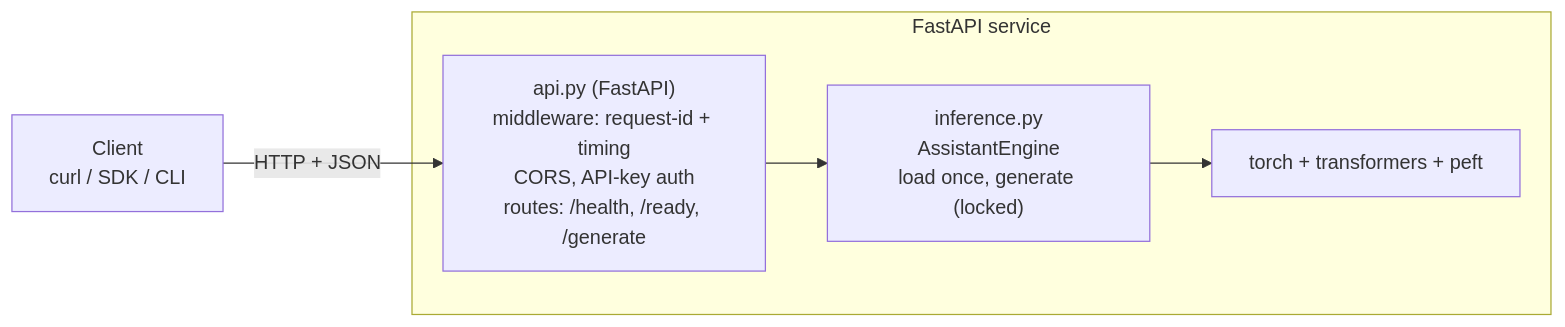
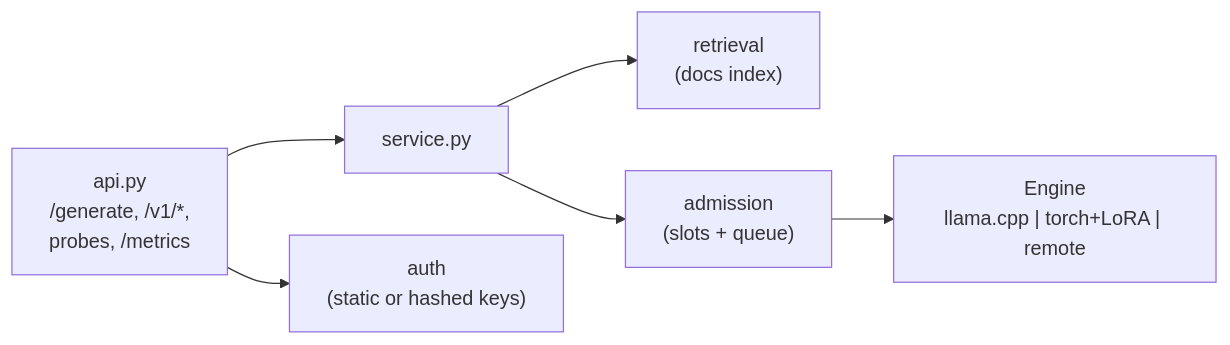
One commit to syed-waleed-ahmed/Niche-Finetuned-Model changed the second of 3 diagrams in README.md. Above: the diagram before and after it, drawn with Mermaid. The commit also changed other lines of this file and 2 other files, not shown here.

First line of the commit message:
Document the scaled-out architecture and deployment runbook

````diff
--- a/README.md
+++ b/README.md
@@ -36,13 +50,8 @@
 ```mermaid
 flowchart LR
-    Client["Client<br/>curl / SDK / CLI"]
-
-    subgraph Service["FastAPI service"]
-        API["api.py (FastAPI)<br/>middleware: request-id + timing<br/>CORS, API-key auth<br/>routes: /health, /ready, /generate"]
-        Engine["inference.py<br/>AssistantEngine<br/>load once, generate (locked)"]
-        Runtime["torch + transformers + peft"]
-        API --> Engine --> Runtime
-    end
-
-    Client -->|"HTTP + JSON"| API
+    API["api.py<br/>/generate, /v1/*,<br/>probes, /metrics"] --> Svc["service.py"]
+    Svc --> RAG["retrieval<br/>(docs index)"]
+    Svc --> Adm["admission<br/>(slots + queue)"]
+    Adm --> Eng["Engine<br/>llama.cpp | torch+LoRA | remote"]
+    API --> Auth["auth<br/>(static or hashed keys)"]
 ```
````
